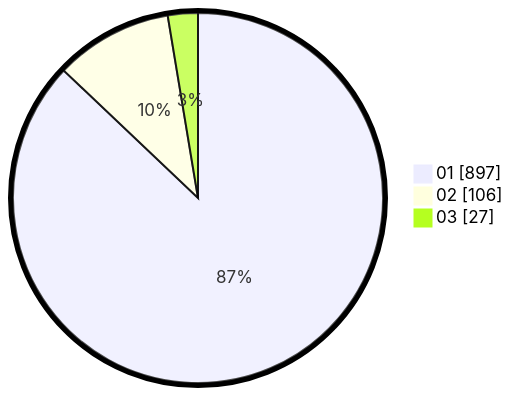
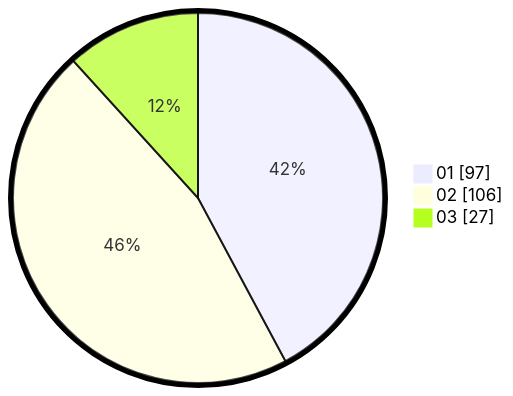
Before and after one commit to gigit-pemilu/pemilu-2024: the diagram in 31-dki_jakarta/75-jakarta_timur/09-ciracas/1001-ciracas/100-tps/README.md, drawn with Mermaid. The commit also changed other lines of this file and 21198 other files, not shown here.

````diff
--- a/31-dki_jakarta/75-jakarta_timur/09-ciracas/1001-ciracas/100-tps/README.md
+++ b/31-dki_jakarta/75-jakarta_timur/09-ciracas/1001-ciracas/100-tps/README.md
@@ -13,7 +13,7 @@
 ```mermaid
 %%{init: {"pie": {"textPosition": 0.5}, "themeVariables": {"pieOuterStrokeWidth": "5px"}} }%%
 pie showData
-    "01" : 897
+    "01" : 97
     "02" : 106
     "03" : 27
 ```
````
